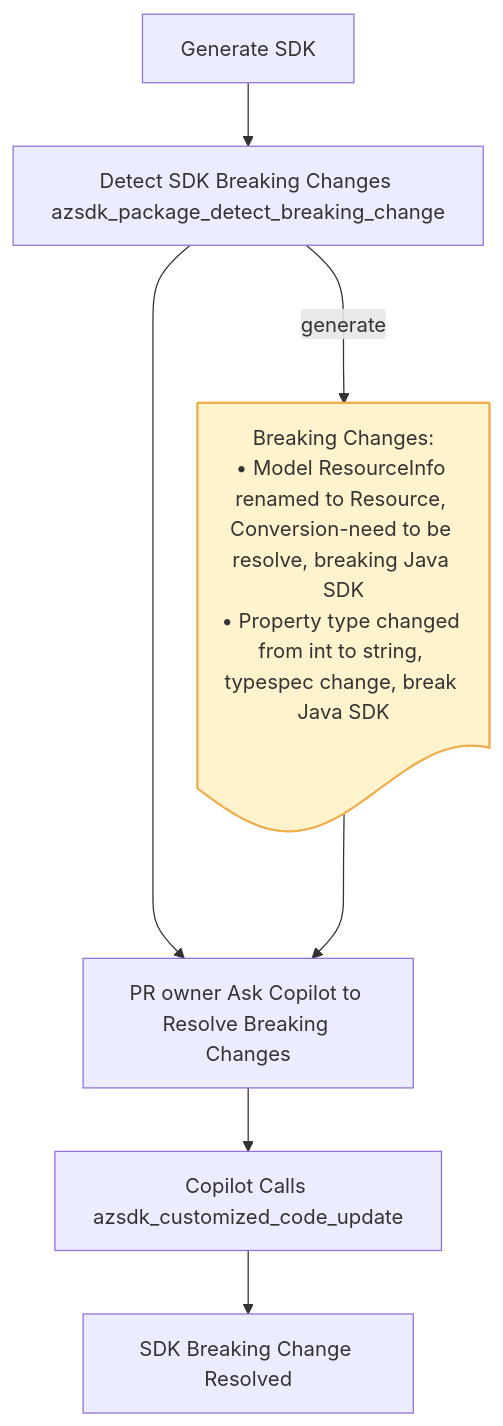
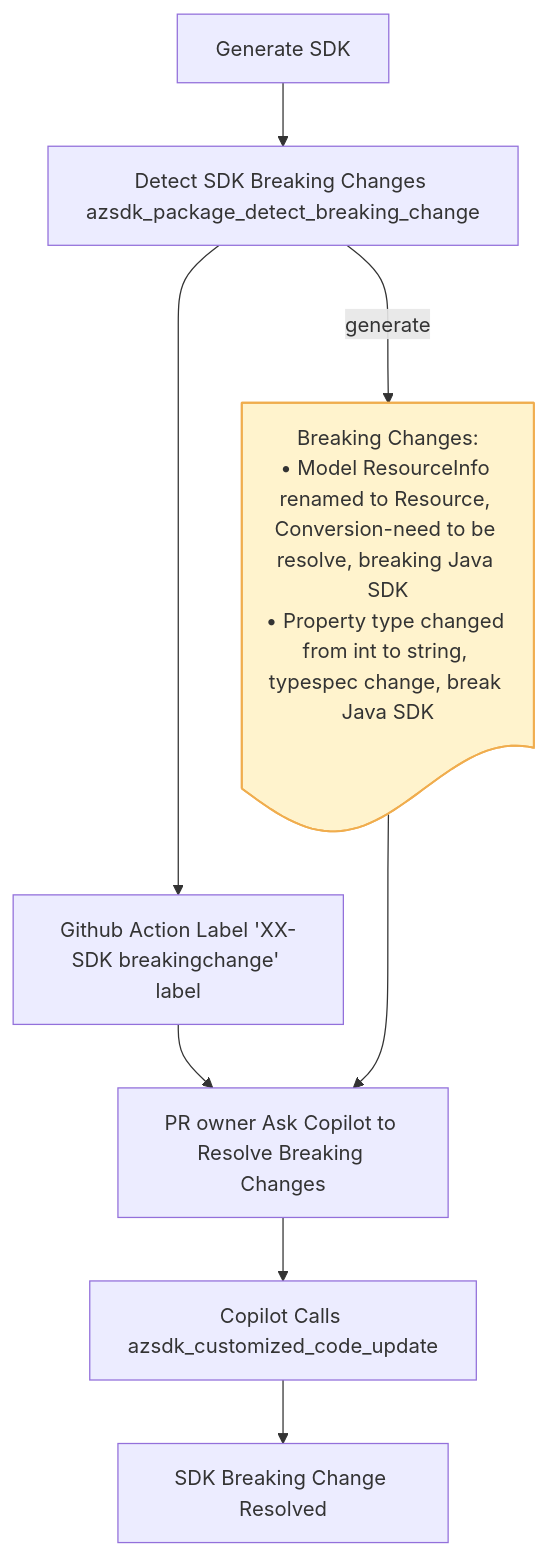
Before and after one commit to Azure/azure-sdk-tools: the second of 2 diagrams in tools/azsdk-cli/docs/specs/sdk-breaking-change-detect.spec.md, drawn with Mermaid.

Commit message:
add sdk lable step in flow

````diff
--- a/tools/azsdk-cli/docs/specs/sdk-breaking-change-detect.spec.md
+++ b/tools/azsdk-cli/docs/specs/sdk-breaking-change-detect.spec.md
@@ -314,22 +314,24 @@
 ```mermaid
 flowchart TD
     A[Generate SDK]
     B[Detect SDK Breaking Changes azsdk_package_detect_breaking_change]
-    C[PR owner Ask Copilot to Resolve Breaking Changes]
-    D[Copilot Calls azsdk_customized_code_update]
-    E[SDK Breaking Change Resolved]
+    C[Github Action Label 'XX-SDK breakingchange' label]
+    D[PR owner Ask Copilot to Resolve Breaking Changes]
+    E[Copilot Calls azsdk_customized_code_update]
+    F[SDK Breaking Change Resolved]
 
     A --> B
     B --> C
     C --> D
     D --> E
+    E --> F
 
-    F@{ shape: doc, label: "Breaking Changes:<br/>• Model ResourceInfo renamed to Resource, Conversion-need to be resolve, breaking Java SDK<br/>• Property type changed from int to string, typespec change, break Java SDK" }
+    G@{ shape: doc, label: "Breaking Changes:<br/>• Model ResourceInfo renamed to Resource, Conversion-need to be resolve, breaking Java SDK<br/>• Property type changed from int to string, typespec change, break Java SDK" }
 
-    B ---> |generate|F
-    F ---> C
+    B ---> |generate|G
+    G ---> D
 
     %% styling
-    class F breaking;
+    class G breaking;
     classDef breaking fill:#fff3cd,stroke:#f0ad4e,stroke-width:1.5px;
 ```
````
